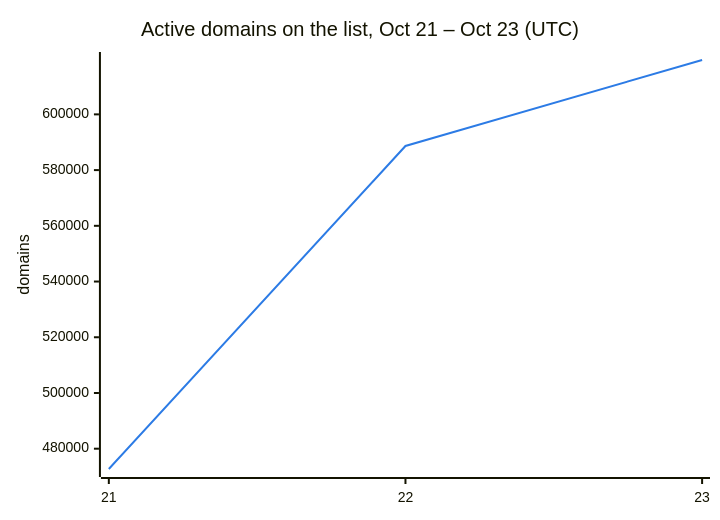
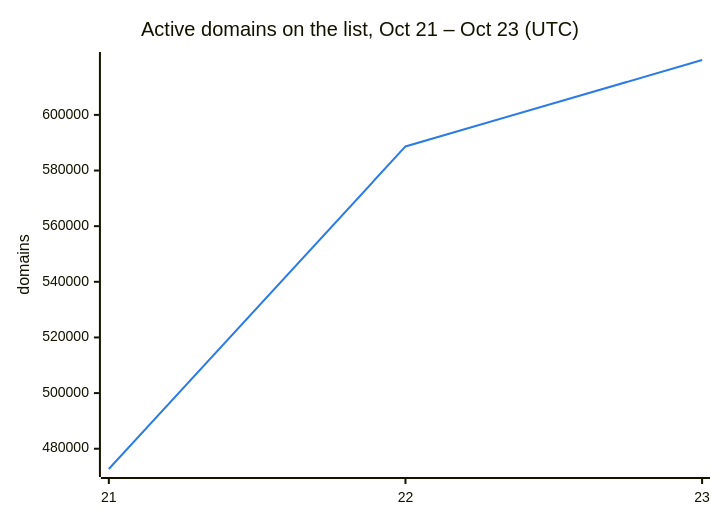
Before and after one commit to DNSBunker/CTI: the second of 3 diagrams in README.md, drawn with Mermaid. The commit also changed other lines of this file and 3 other files, not shown here.

````diff
--- a/README.md
+++ b/README.md
@@ -38,8 +38,8 @@
 ```mermaid
 %%{init: {"themeVariables": {"xyChart": {"plotColorPalette": "#2c7be5"}}}}%%
 xychart-beta
     title "Active domains on the list, Oct 21 – Oct 23 (UTC)"
     x-axis ["21", "22", "23"]
     y-axis "domains"
-    line [472713, 588659, 619515]
+    line [472713, 588659, 619730]
 ```
````
